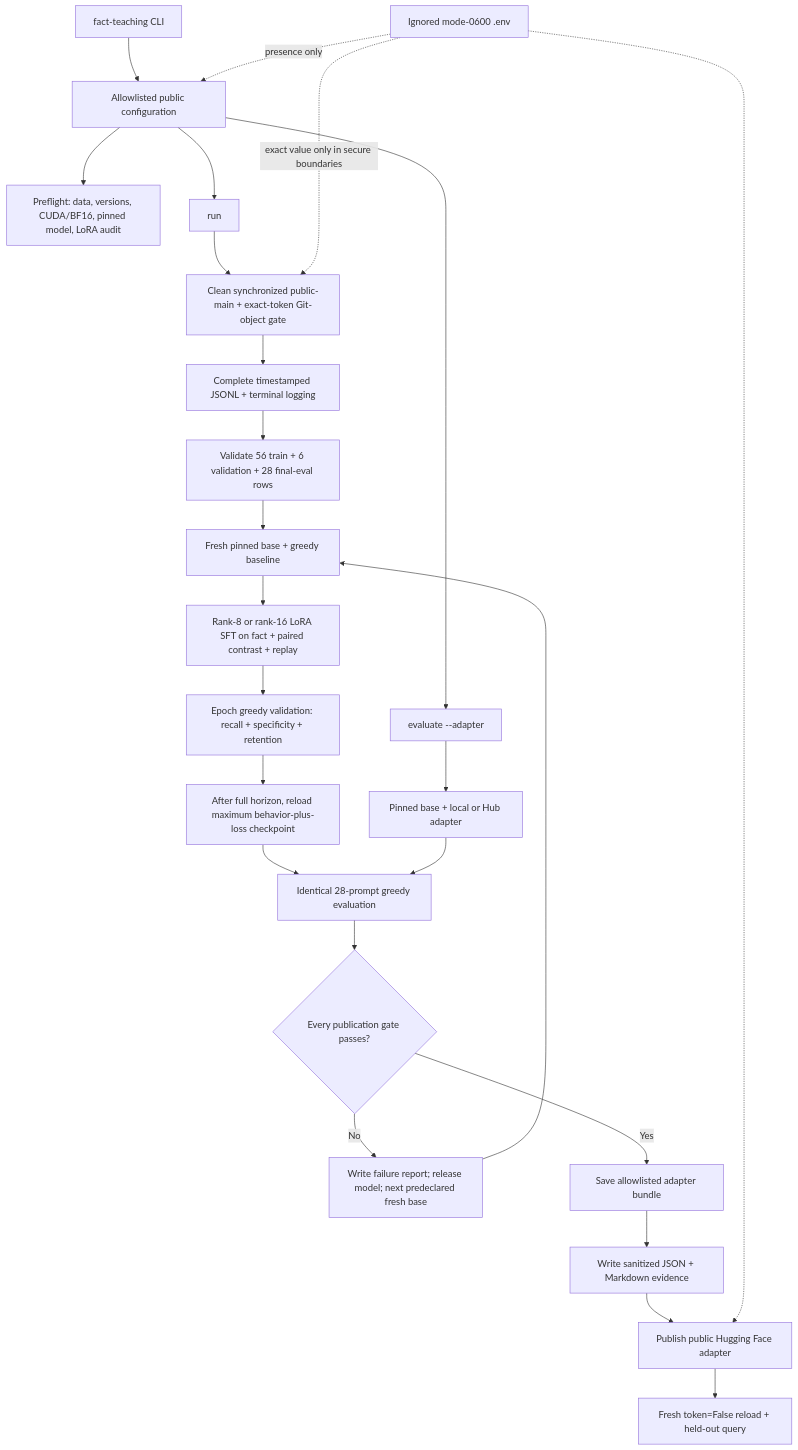
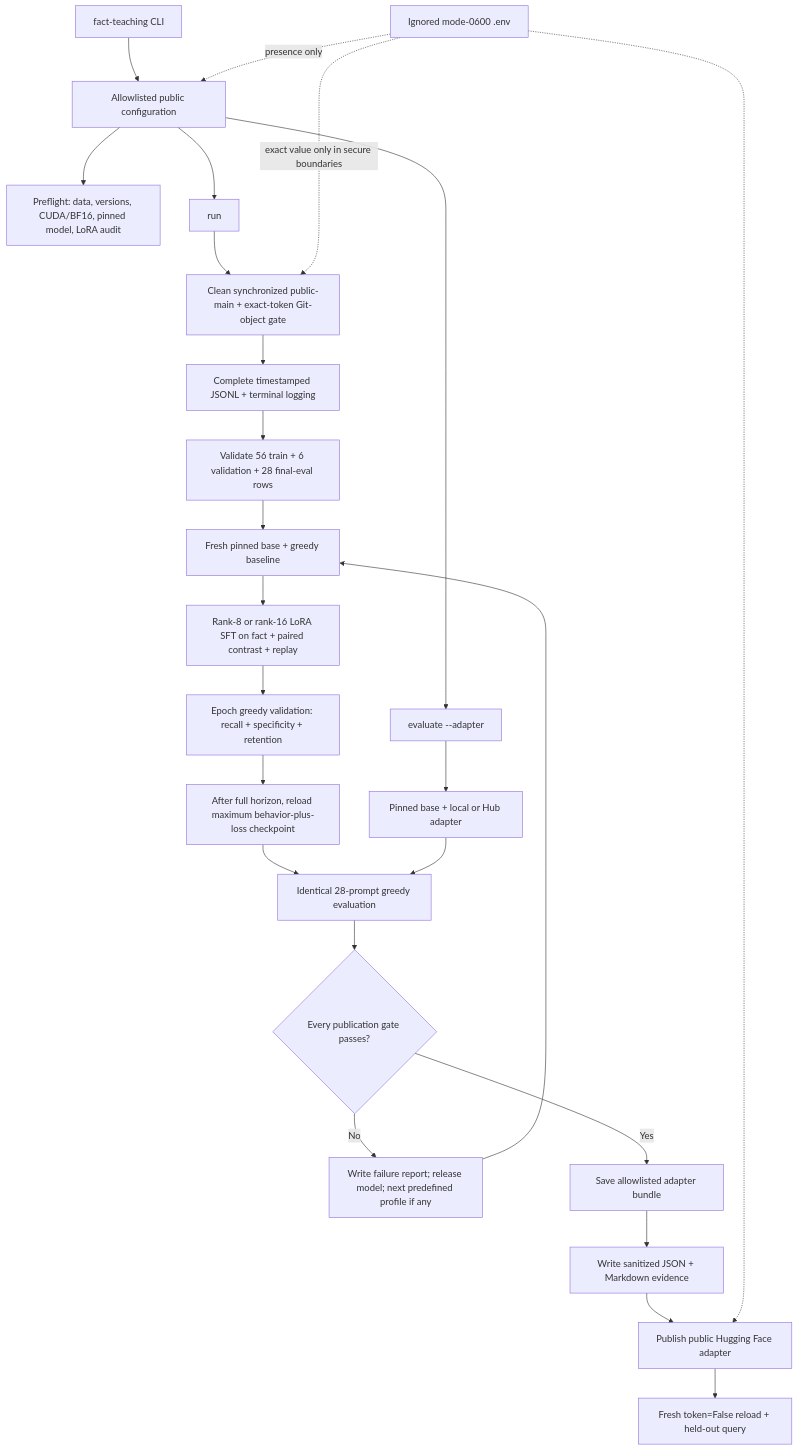
Before and after one commit to BurnyCoder/fact-teaching: the diagram in README.md, drawn with Mermaid. The commit also changed other lines of this file and 3 other files, not shown here.

````diff
--- a/README.md
+++ b/README.md
@@ -26,27 +34,27 @@
 ```mermaid
 flowchart TD
     CLI["fact-teaching CLI"] --> CFG["Allowlisted public configuration"]
     CFG --> PREFLIGHT["Preflight: data, versions, CUDA/BF16, pinned model, LoRA audit"]
     CFG --> RUN["run"]
     RUN --> GATE["Clean synchronized public-main + exact-token Git-object gate"]
     GATE --> LOG["Complete timestamped JSONL + terminal logging"]
     LOG --> DATA["Validate 56 train + 6 validation + 28 final-eval rows"]
     DATA --> BASE["Fresh pinned base + greedy baseline"]
     BASE --> TRAIN["Rank-8 or rank-16 LoRA SFT on fact + paired contrast + replay"]
     TRAIN --> VAL["Epoch greedy validation: recall + specificity + retention"]
     VAL --> BEST["After full horizon, reload maximum behavior-plus-loss checkpoint"]
     BEST --> TUNED["Identical 28-prompt greedy evaluation"]
     TUNED --> ACCEPT{"Every publication gate passes?"}
-    ACCEPT -->|"No"| NEXT["Write failure report; release model; next predeclared fresh base"]
+    ACCEPT -->|"No"| NEXT["Write failure report; release model; next predefined profile if any"]
     NEXT --> BASE
     ACCEPT -->|"Yes"| SAVE["Save allowlisted adapter bundle"]
     SAVE --> REPORT["Write sanitized JSON + Markdown evidence"]
     REPORT --> HUB["Publish public Hugging Face adapter"]
     HUB --> VERIFY["Fresh token=False reload + held-out query"]
     CFG --> EVAL["evaluate --adapter"]
     EVAL --> EXISTING["Pinned base + local or Hub adapter"]
     EXISTING --> TUNED
     ENV["Ignored mode-0600 .env"] -. "presence only" .-> CFG
     ENV -. "exact value only in secure boundaries" .-> GATE
     ENV -.-> HUB
 ```
````
